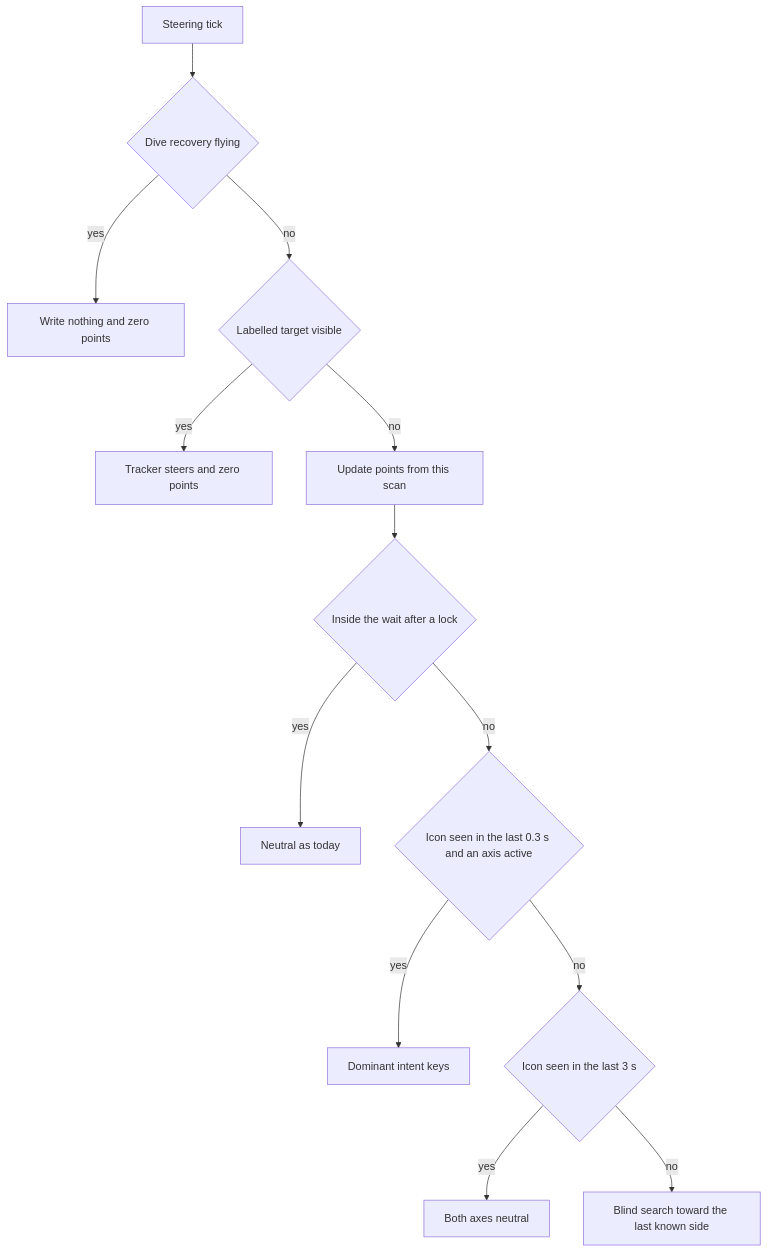
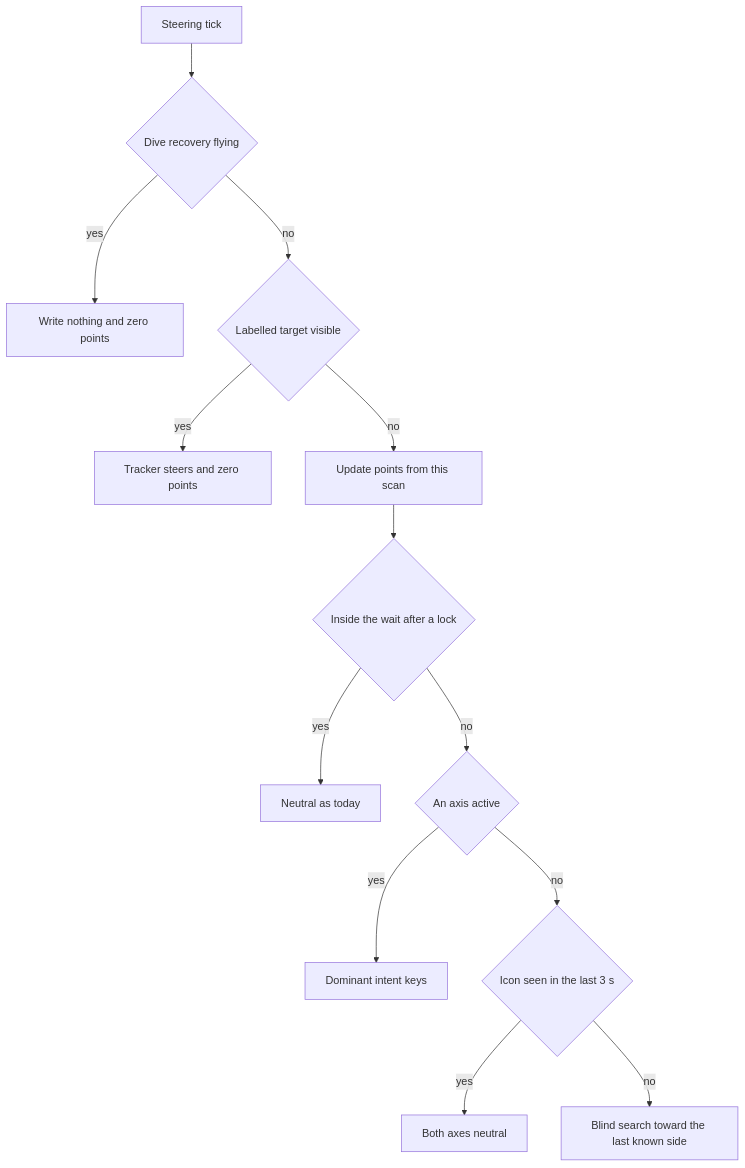
Before and after one commit to mhouse1/wingman: the second of 2 diagrams in docs/hldd/015-target-tracking-pursuit-mode-hldd.md, drawn with Mermaid. The commit also changed other lines of this file and 1602 other files, not shown here.

````diff
--- a/docs/hldd/015-target-tracking-pursuit-mode-hldd.md
+++ b/docs/hldd/015-target-tracking-pursuit-mode-hldd.md
@@ -604,15 +615,15 @@
 ```mermaid
 flowchart TD
     T[Steering tick] --> Y{Dive recovery flying}
     Y -->|yes| YR[Write nothing and zero points]
     Y -->|no| V{Labelled target visible}
     V -->|yes| TR[Tracker steers and zero points]
     V -->|no| U[Update points from this scan]
     U --> W{Inside the wait after a lock}
     W -->|yes| WN[Neutral as today]
-    W -->|no| A{Icon seen in the last 0.3 s and an axis active}
+    W -->|no| A{An axis active}
     A -->|yes| IS[Dominant intent keys]
     A -->|no| R{Icon seen in the last 3 s}
     R -->|yes| N[Both axes neutral]
     R -->|no| B[Blind search toward the last known side]
 ```
````
